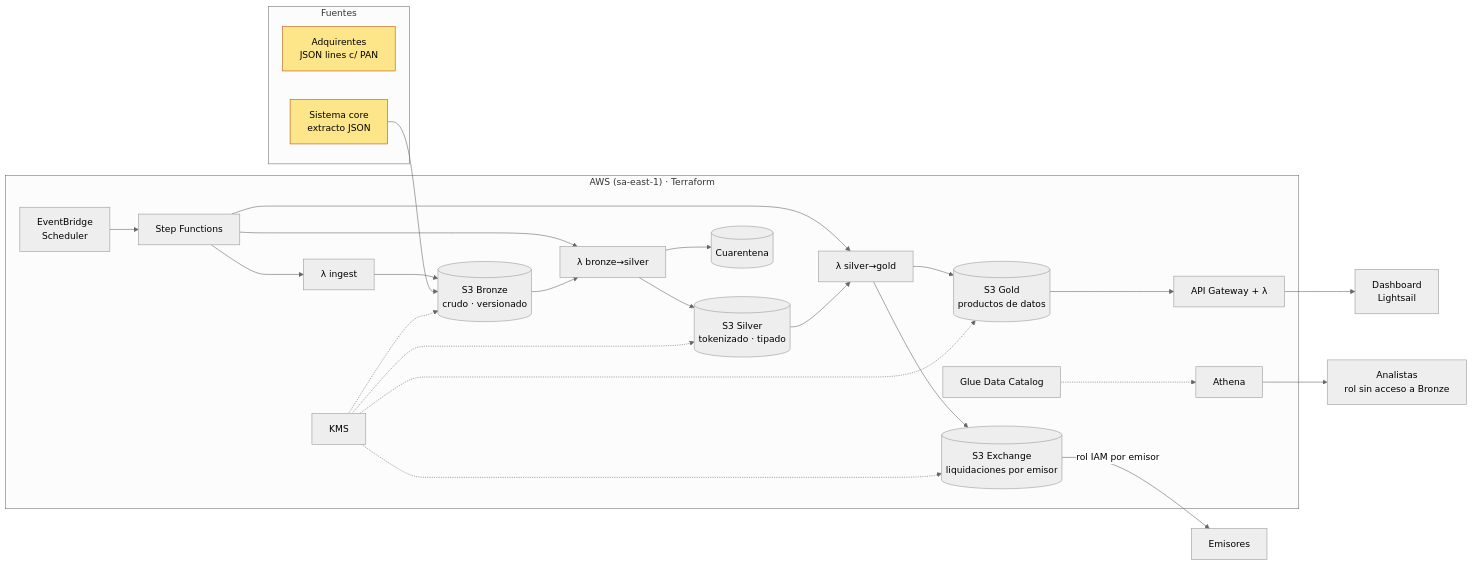
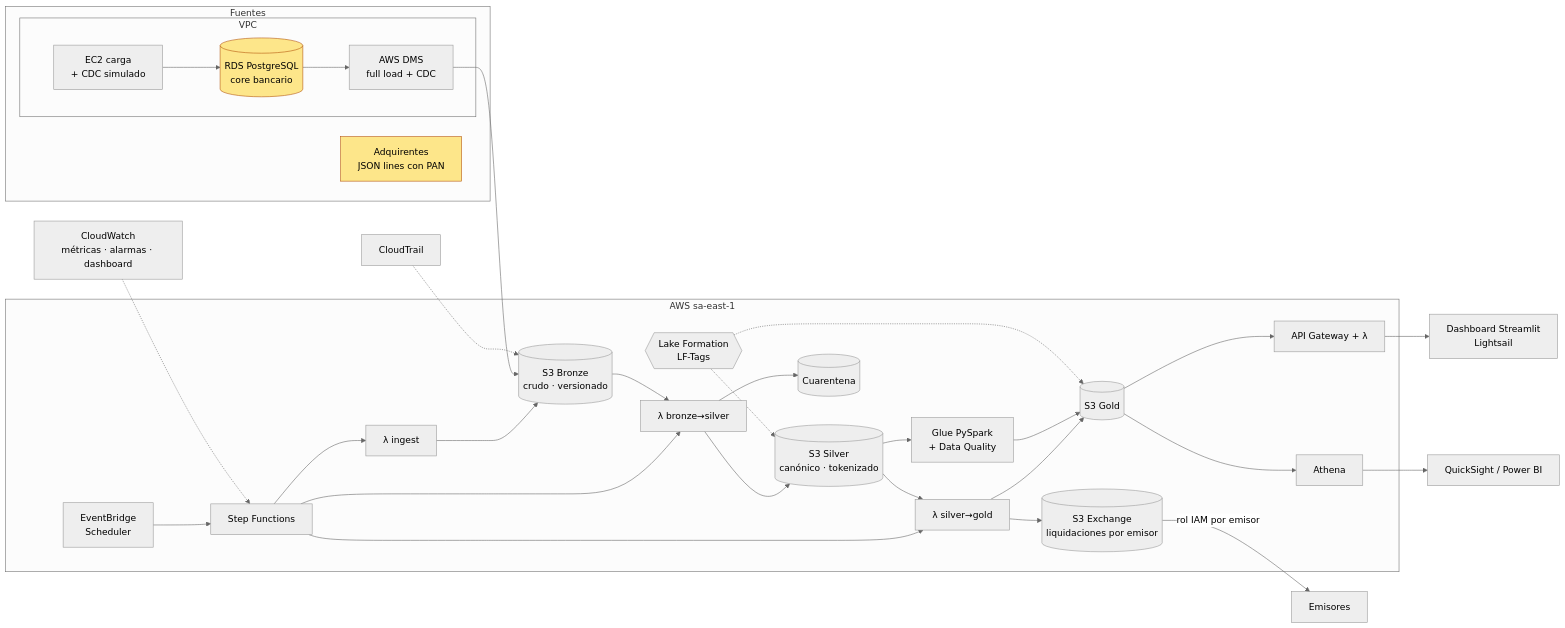
Before and after one commit to SamahJonathan/Mastercard_AWS_deploy: the diagram in README.md, drawn with Mermaid (neutral theme). The commit also changed other lines of this file and 53 other files, not shown here.

First line of the commit message:
Cubre los requisitos del aviso: DMS, Glue, Lake Formation, CloudTrail, CloudFormation, VPC/EC2, observabilidad y BI

````diff
--- a/README.md
+++ b/README.md
@@ -26,25 +36,31 @@
 ```mermaid
 flowchart LR
   subgraph Fuentes
-    A[Adquirentes<br/>JSON lines c/ PAN]:::src
-    C[Sistema core<br/>extracto JSON]:::src
+    A[Adquirentes<br/>JSON lines con PAN]:::src
+    subgraph VPC
+      EC2[EC2 carga<br/>+ CDC simulado] --> RDS[(RDS PostgreSQL<br/>core bancario)]:::src
+      DMS[AWS DMS<br/>full load + CDC]
+    end
   end
-  subgraph AWS["AWS (sa-east-1) · Terraform"]
+  subgraph Lakehouse["AWS sa-east-1"]
     EB[EventBridge<br/>Scheduler] --> SF[Step Functions]
     SF --> L1[λ ingest] --> B[(S3 Bronze<br/>crudo · versionado)]
-    C --> B
-    SF --> L2[λ bronze→silver] 
-    B --> L2 --> S[(S3 Silver<br/>tokenizado · tipado)]
+    RDS --> DMS --> B
+    SF --> L2[λ bronze→silver]
+    B --> L2 --> S[(S3 Silver<br/>canónico · tokenizado)]
     L2 --> Q[(Cuarentena)]
     SF --> L3[λ silver→gold]
-    S --> L3 --> G[(S3 Gold<br/>productos de datos)]
+    S --> L3 --> G[(S3 Gold)]
+    S --> GJ[Glue PySpark<br/>+ Data Quality] --> G
     L3 --> X[(S3 Exchange<br/>liquidaciones por emisor)]
-    GC[Glue Data Catalog] -.-> AT[Athena]
+    LF{{Lake Formation<br/>LF-Tags}} -.-> S & G
     G --> API[API Gateway + λ]
-    KMS[KMS] -.-> B & S & G & X
+    G --> AT[Athena]
   end
   X -->|rol IAM por emisor| BANK[Emisores]
-  API --> DASH[Dashboard<br/>Lightsail]
-  AT --> AN[Analistas<br/>rol sin acceso a Bronze]
+  AT --> QS[QuickSight / Power BI]
+  API --> DASH[Dashboard Streamlit<br/>Lightsail]
+  CT[CloudTrail] -.-> B
+  CW[CloudWatch<br/>métricas · alarmas · dashboard] -.-> SF
   classDef src fill:#fde68a,stroke:#b45309
 ```
````
